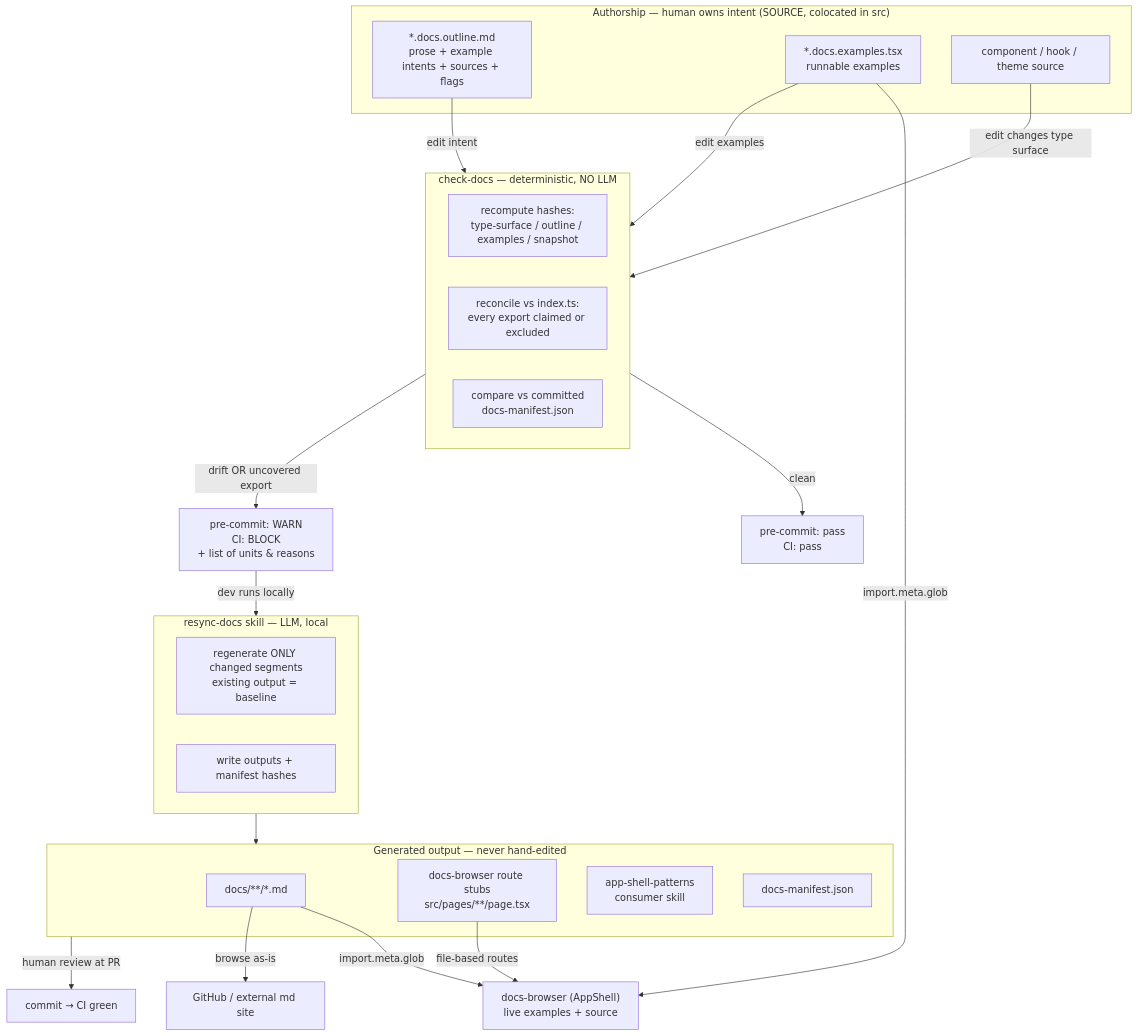
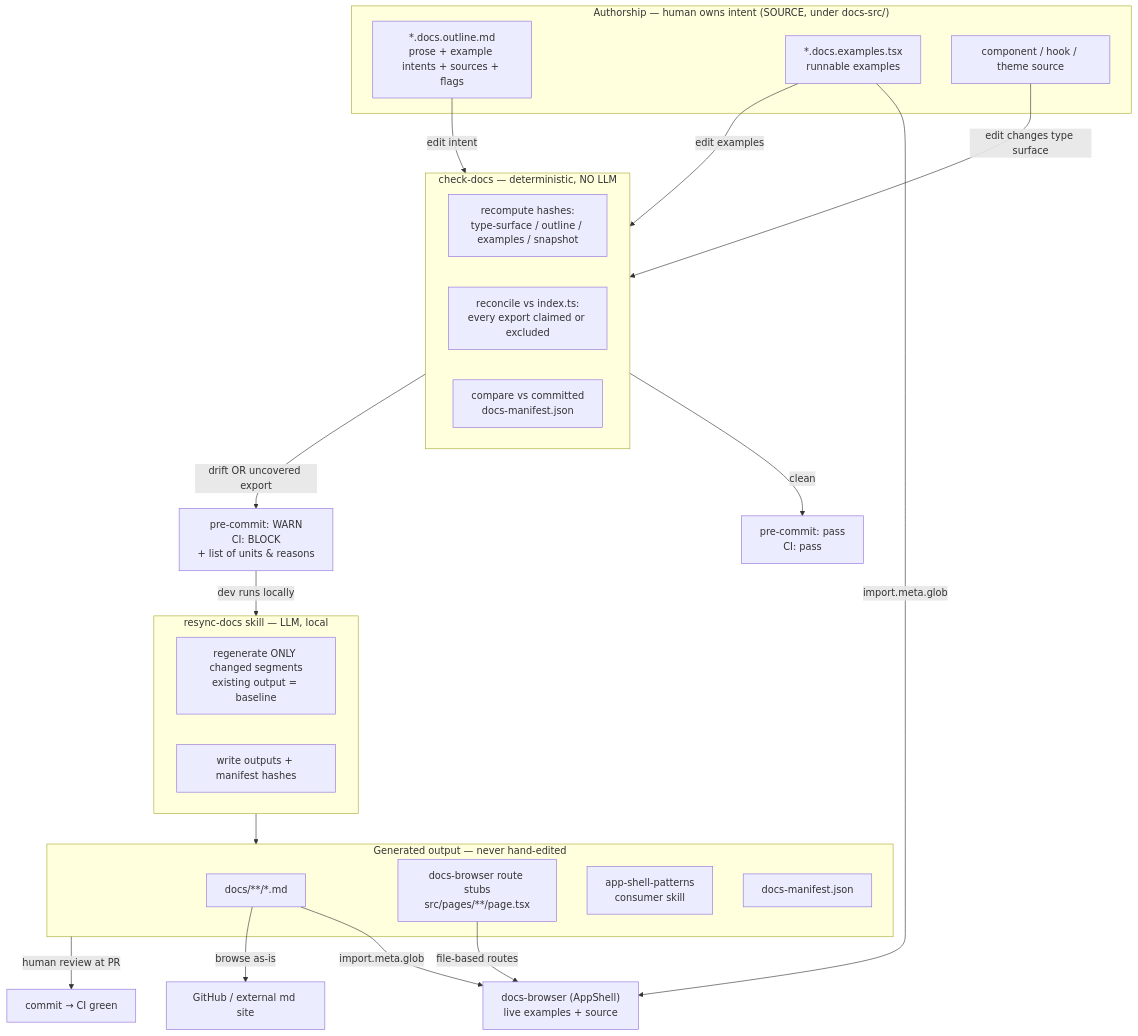
One commit to tailor-platform/app-shell changed the diagram in decisions/documentation-management-overhaul.md. Above: the diagram before and after it, drawn with Mermaid. The commit also changed other lines of this file, not shown here.

First line of the commit message:
docs: correct decision-record to reflect the docs-src/ layout

````diff
--- a/decisions/documentation-management-overhaul.md
+++ b/decisions/documentation-management-overhaul.md
@@ -47,43 +47,43 @@
 ```mermaid
 flowchart TB
-    subgraph AUTHOR["Authorship — human owns intent (SOURCE, colocated in src)"]
+    subgraph AUTHOR["Authorship — human owns intent (SOURCE, under docs-src/)"]
         OUT["*.docs.outline.md<br/>prose + example intents + sources + flags"]
         EXA["*.docs.examples.tsx<br/>runnable examples"]
         SRC["component / hook / theme source"]
     end
 
     OUT -->|edit intent| GATE
     EXA -->|edit examples| GATE
     SRC -->|edit changes type surface| GATE
 
     subgraph GATE["check-docs — deterministic, NO LLM"]
         H["recompute hashes:<br/>type-surface / outline / examples / snapshot"]
         R["reconcile vs index.ts:<br/>every export claimed or excluded"]
         M["compare vs committed<br/>docs-manifest.json"]
     end
 
     GATE -->|clean| PASS["pre-commit: pass<br/>CI: pass"]
     GATE -->|drift OR uncovered export| FAIL["pre-commit: WARN<br/>CI: BLOCK<br/>+ list of units & reasons"]
 
     FAIL -->|dev runs locally| SKILL
 
     subgraph SKILL["resync-docs skill — LLM, local"]
         RG["regenerate ONLY changed segments<br/>existing output = baseline"]
         WR["write outputs + manifest hashes"]
     end
 
     SKILL --> OUTPUT
 
     subgraph OUTPUT["Generated output — never hand-edited"]
         MD["docs/**/*.md"]
         STUB["docs-browser route stubs<br/>src/pages/**/page.tsx"]
         PS["app-shell-patterns<br/>consumer skill"]
         MAN["docs-manifest.json"]
     end
 
     OUTPUT -->|human review at PR| COMMIT["commit → CI green"]
     MD -->|import.meta.glob| APP["docs-browser (AppShell)<br/>live examples + source"]
     EXA -->|import.meta.glob| APP
     STUB -->|file-based routes| APP
     MD -->|browse as-is| GH["GitHub / external md site"]
 ```
````
